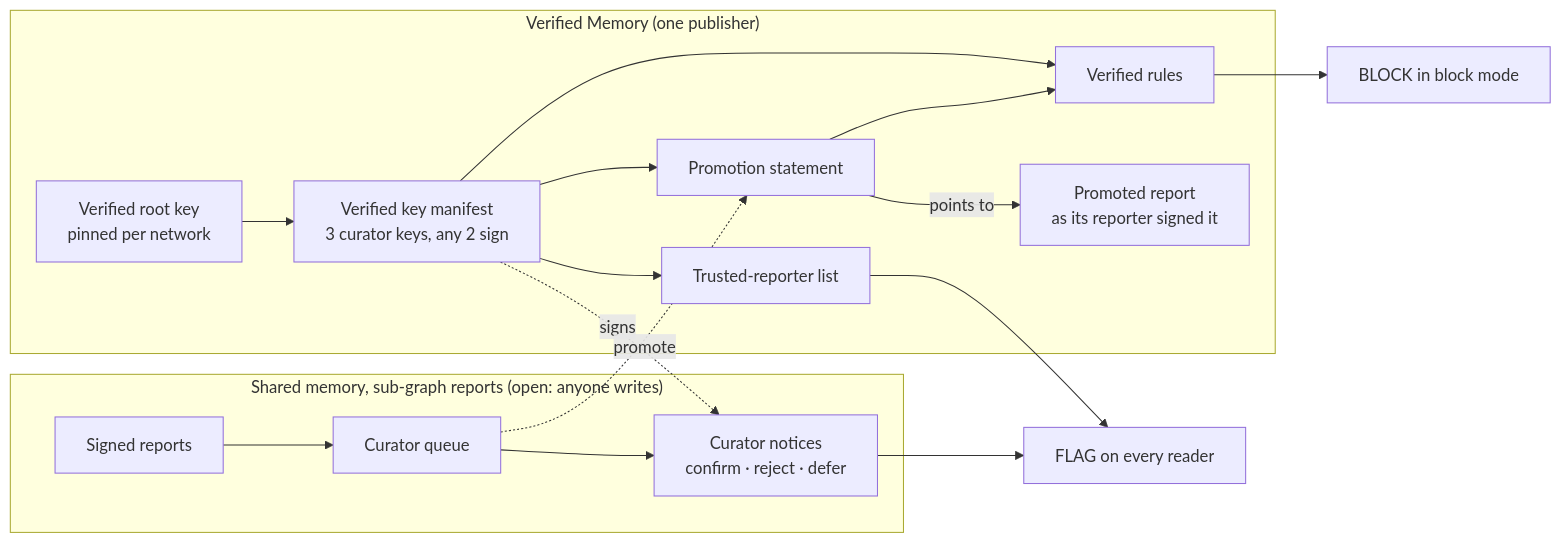
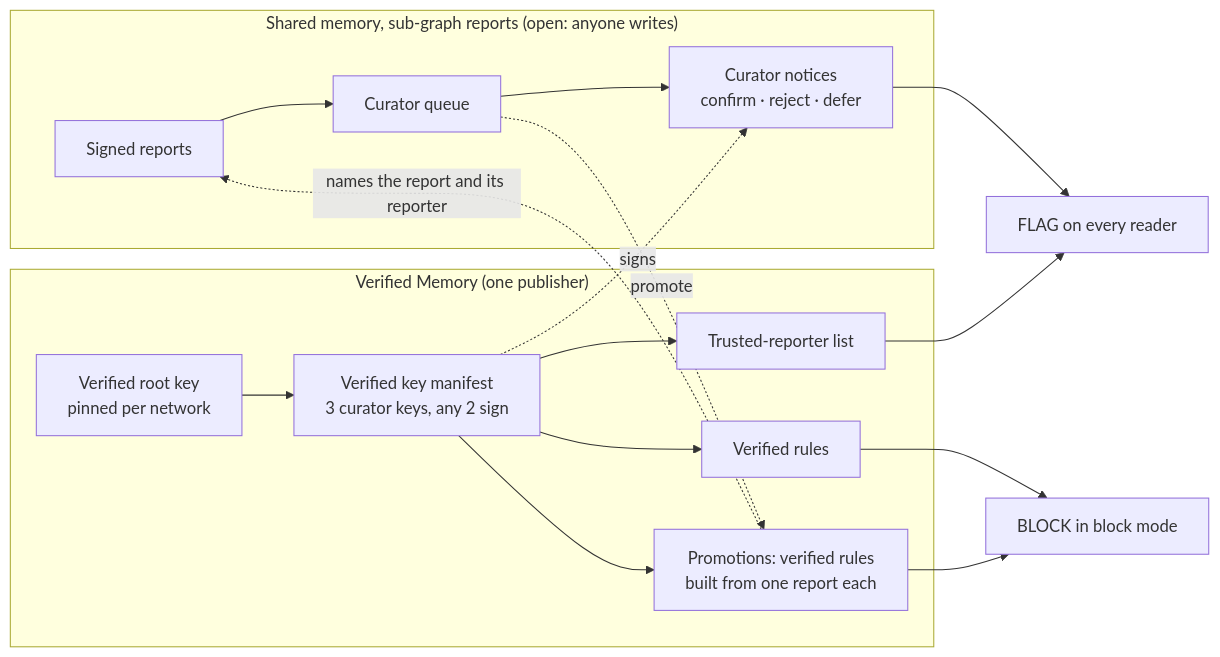
The third of 6 diagrams in README.md (branarakic-agent/agent-blackbox), drawn with Mermaid before and after one commit. The commit also changed other lines of this file and 4 other files, not shown here.

First line of the commit message:
docs(blackbox): a promotion is the curator's verified rule that names its report

````diff
--- a/README.md
+++ b/README.md
@@ -333,20 +333,20 @@
 ```mermaid
 flowchart LR
     subgraph SM["Shared memory, sub-graph reports (open: anyone writes)"]
         R["Signed reports"] --> Q["Curator queue"]
         Q --> N["Curator notices<br/>confirm · reject · defer"]
     end
     subgraph VMEM["Verified Memory (one publisher)"]
         VR["Verified root key<br/>pinned per network"] --> VM["Verified key manifest<br/>3 curator keys, any 2 sign"]
         VM --> TL["Trusted-reporter list"]
         VM --> VRULE["Verified rules"]
-        VM --> P["Promotion statement"]
-        P -->|points to| PR["Promoted report<br/>as its reporter signed it"]
+        VM --> P["Promotions: verified rules<br/>built from one report each"]
     end
     VM -. "signs" .-> N
     Q -. "promote" .-> P
+    P -. "names the report and its reporter" .-> R
     N --> FLAG["FLAG on every reader"]
     TL --> FLAG
-    P --> VRULE
     VRULE --> BLOCK["BLOCK in block mode"]
+    P --> BLOCK
 ```
````
